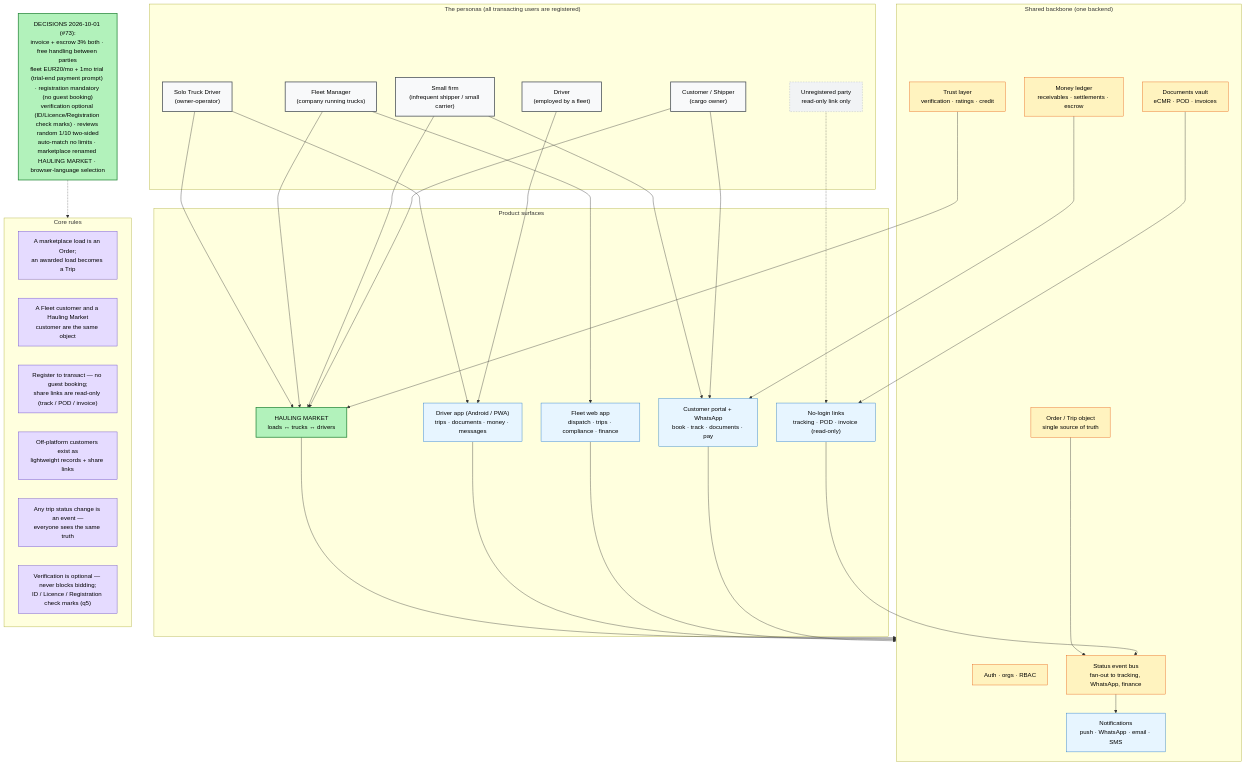
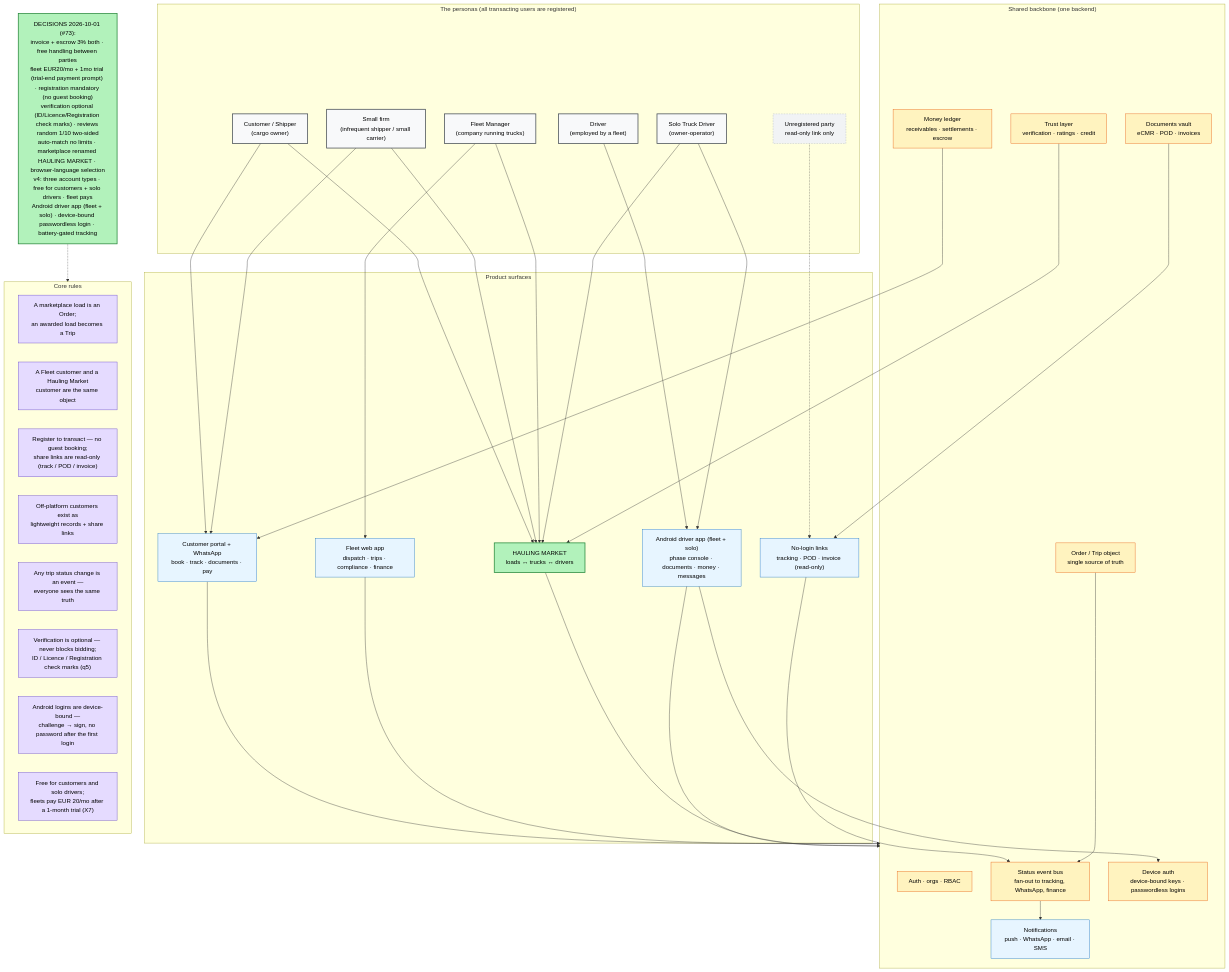
Before and after one commit to ugry/roadwisefleet: the diagram in docs/ux-flows/00-platform-map.mmd, drawn with Mermaid. The commit also changed 15 other files, not shown here.

Commit message:
docs(ux-flows): land Android UX v4 information flow + menus v3 (board #110)

```diff
--- a/docs/ux-flows/00-platform-map.mmd
+++ b/docs/ux-flows/00-platform-map.mmd
@@ -1,69 +1,73 @@
 flowchart TD
     classDef human fill:#f8f9fa,stroke:#495057,color:#000,stroke-width:2px
     classDef surface fill:#e7f5ff,stroke:#1971c2,color:#000
     classDef core fill:#fff3bf,stroke:#e8590c,color:#000
     classDef infra fill:#e5dbff,stroke:#5f3dc4,color:#000
     classDef new fill:#b2f2bb,stroke:#2b8a3e,color:#000,stroke-width:2px
     classDef off fill:#f1f3f5,stroke:#adb5bd,color:#000,stroke-dasharray:4 3
 
     subgraph PEOPLE["The personas (all transacting users are registered)"]
         P1["Customer / Shipper<br/>(cargo owner)"]:::human
         P2["Small firm<br/>(infrequent shipper / small carrier)"]:::human
         P3["Fleet Manager<br/>(company running trucks)"]:::human
         P4["Driver<br/>(employed by a fleet)"]:::human
         P5["Solo Truck Driver<br/>(owner-operator)"]:::human
         P6["Unregistered party<br/>read-only link only"]:::off
     end
 
     subgraph SURFACES["Product surfaces"]
         S1["Customer portal + WhatsApp<br/>book · track · documents · pay"]:::surface
         S2["Fleet web app<br/>dispatch · trips · compliance · finance"]:::surface
-        S3["Driver app (Android / PWA)<br/>trips · documents · money · messages"]:::surface
+        S3["Android driver app (fleet + solo)<br/>phase console · documents · money · messages"]:::surface
         S4["HAULING MARKET<br/>loads ↔ trucks ↔ drivers"]:::new
         S5["No-login links<br/>tracking · POD · invoice (read-only)"]:::surface
     end
 
     subgraph BACKBONE["Shared backbone (one backend)"]
         B1["Auth · orgs · RBAC"]:::core
         B2["Order / Trip object<br/>single source of truth"]:::core
         B3["Status event bus<br/>fan-out to tracking, WhatsApp, finance"]:::core
         B4["Documents vault<br/>eCMR · POD · invoices"]:::core
         B5["Money ledger<br/>receivables · settlements · escrow"]:::core
         B6["Trust layer<br/>verification · ratings · credit"]:::core
         B7["Notifications<br/>push · WhatsApp · email · SMS"]:::surface
+        B8["Device auth<br/>device-bound keys · passwordless logins"]:::core
     end
 
     P1 --> S1
     P1 --> S4
     P2 --> S4
     P2 --> S1
     P3 --> S2
     P3 --> S4
     P4 --> S3
     P5 --> S4
     P5 --> S3
     P6 -.-> S5
 
     S1 --> BACKBONE
     S2 --> BACKBONE
     S3 --> BACKBONE
     S4 --> BACKBONE
     S5 --> B3
+    S3 --> B8
 
     B2 --> B3
     B3 --> B7
     B4 --> S5
     B5 --> S1
     B6 --> S4
 
     subgraph RULES["Core rules"]
         R1["A marketplace load is an Order;<br/>an awarded load becomes a Trip"]:::infra
         R2["A Fleet customer and a Hauling Market<br/>customer are the same object"]:::infra
         R3["Register to transact — no guest booking;<br/>share links are read-only (track / POD / invoice)"]:::infra
         R4["Off-platform customers exist as<br/>lightweight records + share links"]:::infra
         R5["Any trip status change is an event —<br/>everyone sees the same truth"]:::infra
         R6["Verification is optional — never blocks bidding;<br/>ID / Licence / Registration check marks (q5)"]:::infra
+        R7["Android logins are device-bound —<br/>challenge → sign, no password after the first login"]:::infra
+        R8["Free for customers and solo drivers;<br/>fleets pay EUR 20/mo after a 1-month trial (X7)"]:::infra
     end
 
-    DEC["DECISIONS 2026-10-01 (#73):<br/>invoice + escrow 3% both · free handling between parties<br/>fleet EUR20/mo + 1mo trial (trial-end payment prompt) · registration mandatory (no guest booking)<br/>verification optional (ID/Licence/Registration check marks) · reviews random 1/10 two-sided<br/>auto-match no limits · marketplace renamed HAULING MARKET · browser-language selection"]:::new
+    DEC["DECISIONS 2026-10-01 (#73):<br/>invoice + escrow 3% both · free handling between parties<br/>fleet EUR20/mo + 1mo trial (trial-end payment prompt) · registration mandatory (no guest booking)<br/>verification optional (ID/Licence/Registration check marks) · reviews random 1/10 two-sided<br/>auto-match no limits · marketplace renamed HAULING MARKET · browser-language selection<br/>v4: three account types · free for customers + solo drivers · fleet pays<br/>Android driver app (fleet + solo) · device-bound passwordless login · battery-gated tracking"]:::new
     DEC -.-> RULES
```
